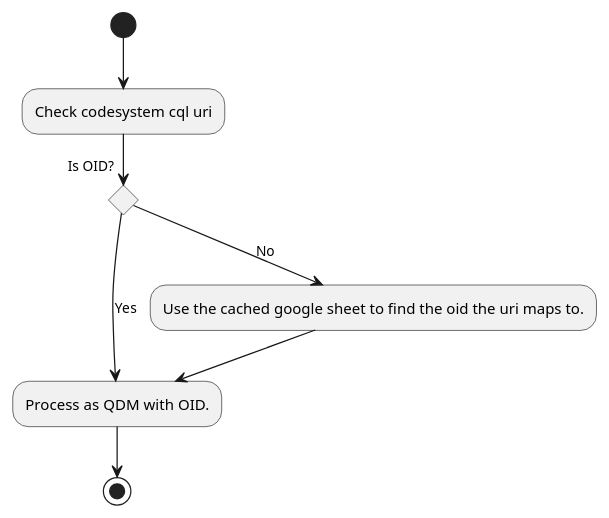
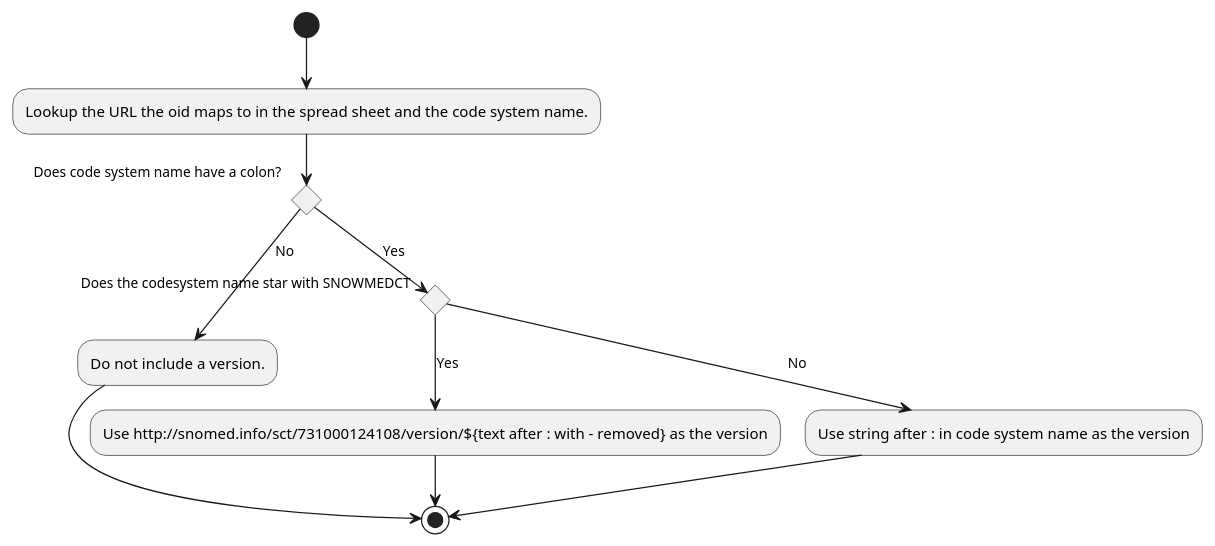
Before and after one commit to MeasureAuthoringTool/MeasureAuthoringTool: the diagram in uml/MAT-831-map-codesystem-oid-to-url.puml, drawn with PlantUML. The commit also changed 24 other files, not shown here.

```diff
--- a/uml/MAT-831-map-codesystem-oid-to-url.puml
+++ b/uml/MAT-831-map-codesystem-oid-to-url.puml
@@ -1,10 +1,14 @@
 @startuml
-(*)  --> "Check codesystem cql uri"
-If "Is OID?" then
---> [Yes] "Process as QDM with OID."
+(*)  --> "Lookup the URL the oid maps to in the spread sheet and the code system name."
+If "Does code system name have a colon?" then
+--> [No]  "Do not include a version."
+-->(*)
 else
---> [No] "Use the cached google sheet to find the oid the uri maps to."
---> "Process as QDM with OID."
+--> [Yes] If "Does the codesystem name star with SNOWMEDCT" then
+--> [Yes] "Use http://snomed.info/sct/731000124108/version/${text after : with - removed} as the version"
+-->(*)
+else
+--> [No] "Use string after : in code system name as the version"
+--> (*)
 Endif
--->(*)
 @enduml
```
